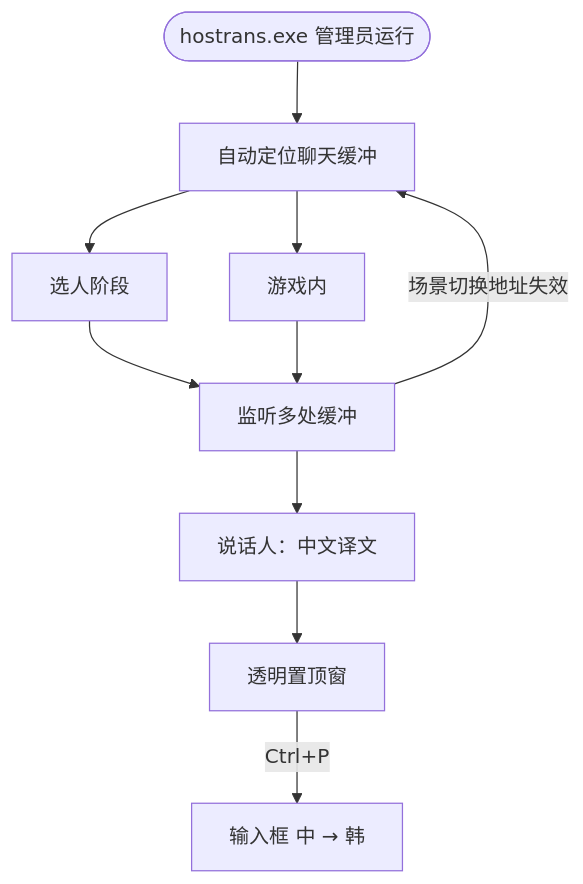
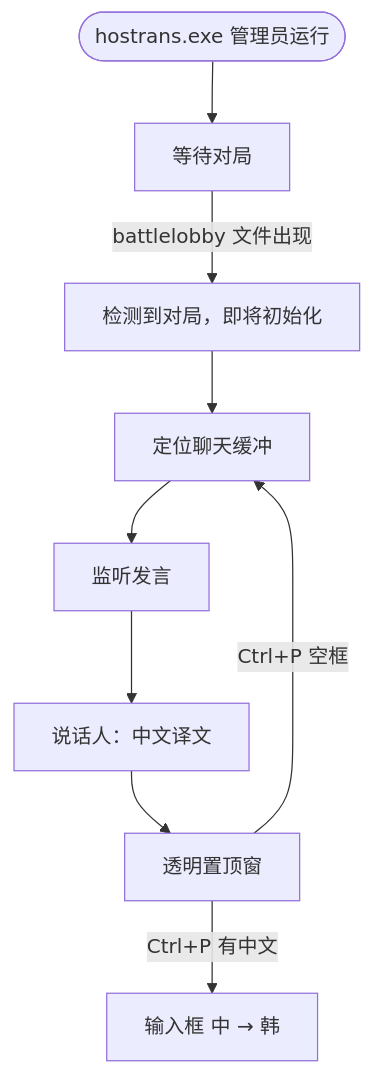
The diagram in README.md (lewoking/hostrans-go), drawn with Mermaid before and after one commit. The commit also changed other lines of this file and 6 other files, not shown here.

First line of the commit message:
feat: battlelobby 检测后自动初始化；Ctrl+P 空框则定位

````diff
--- a/README.md
+++ b/README.md
@@ -5,12 +5,11 @@
 ```mermaid
 flowchart TB
-    Start(["hostrans.exe 管理员运行"]) --> Auto["自动定位聊天缓冲"]
-    Auto --> Draft[选人阶段]
-    Auto --> InGame[游戏内]
-    Draft --> Poll["监听多处缓冲"]
-    InGame --> Poll
-    Poll -->|场景切换地址失效| Auto
+    Start(["hostrans.exe 管理员运行"]) --> Wait["等待对局"]
+    Wait -->|battlelobby 文件出现| Tip["检测到对局，即将初始化"]
+    Tip --> Loc["定位聊天缓冲"]
+    Loc --> Poll["监听发言"]
     Poll --> ZH["说话人：中文译文"]
     ZH --> OV[透明置顶窗]
-    OV -->|"Ctrl+P"| Paste["输入框 中 → 韩"]
+    OV -->|"Ctrl+P 有中文"| Paste["输入框 中 → 韩"]
+    OV -->|"Ctrl+P 空框"| Loc
 ```
````
